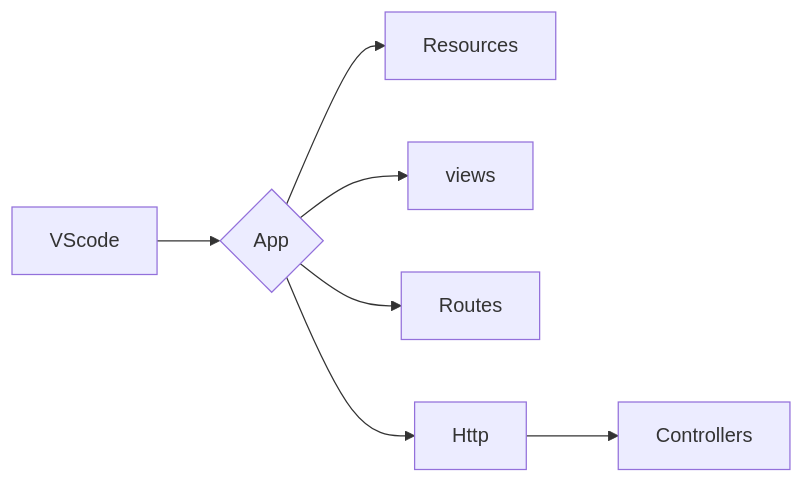
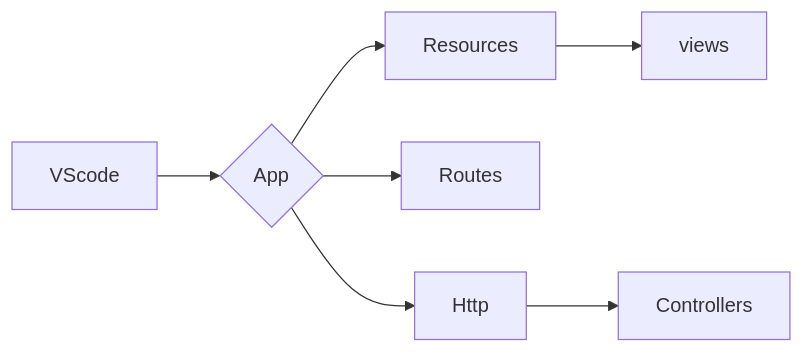
Before and after one commit to SauloCandeira/PHP-Laravel: the diagram in readme.md, drawn with Mermaid.

````diff
--- a/readme.md
+++ b/readme.md
@@ -18,11 +18,11 @@
 ```mermaid
 flowchart LR
 B[VScode]
 
 B --> C{App}
 C --> N[Resources]
-C --> O[views]
+N --> O[views]
 C --> K[Routes]
 C --> L[Http]
 L --> M[Controllers]
 ```
````
